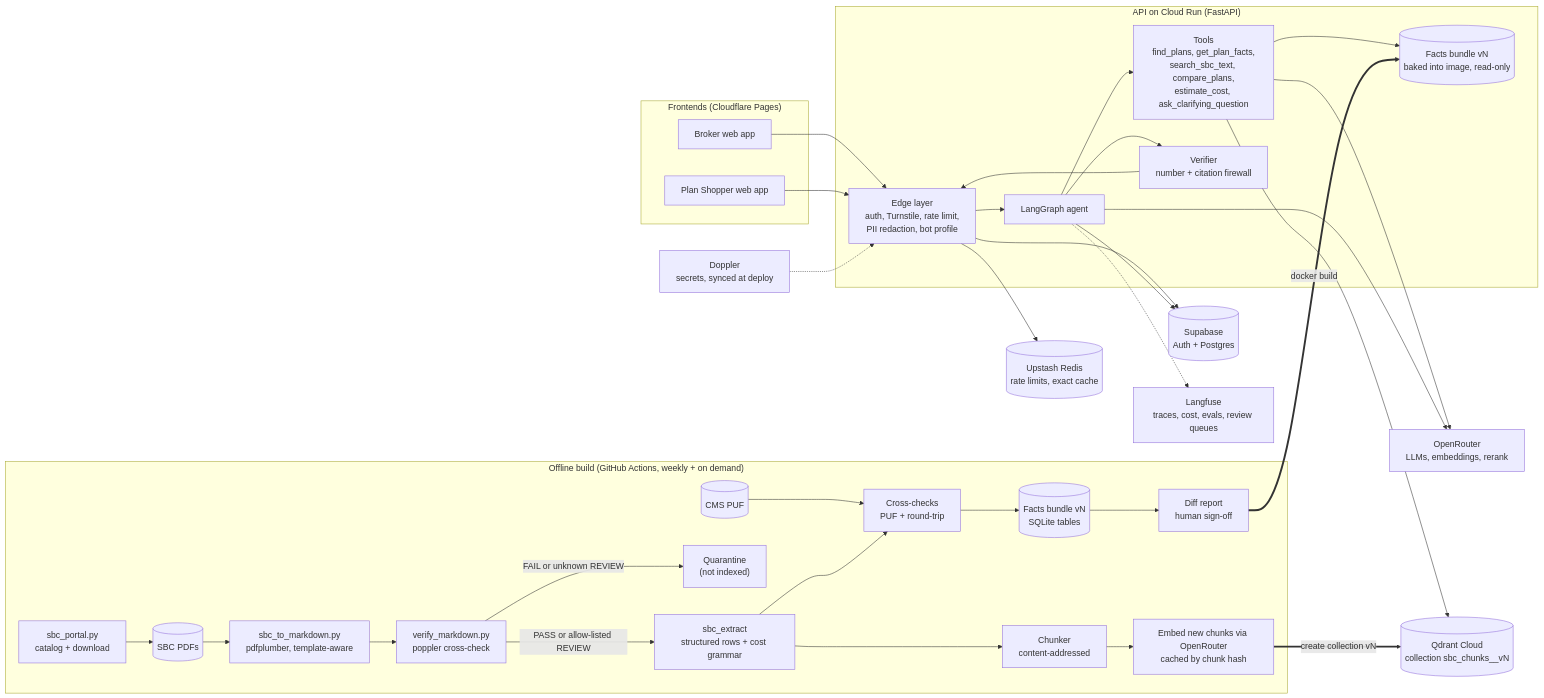
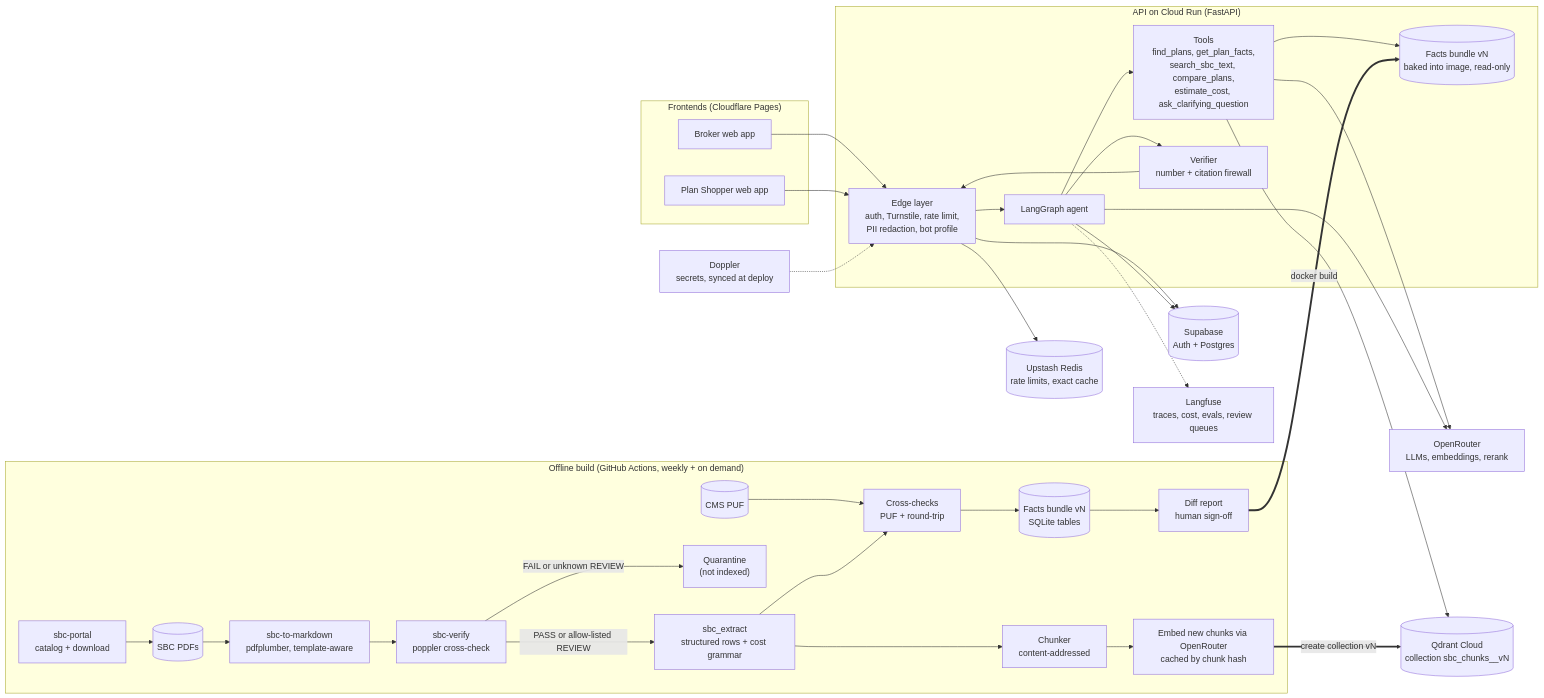
Before and after one commit to syamsruthin/sbc-agentic-rag: the diagram in README.md, drawn with Mermaid. The commit also changed other lines of this file and 2 other files, not shown here.

Commit message:
docs: point pipeline docs at the sbc_ingest commands

````diff
--- a/README.md
+++ b/README.md
@@ -43,54 +43,54 @@
 ```mermaid
 flowchart LR
   subgraph OFF["Offline build (GitHub Actions, weekly + on demand)"]
-    PORTAL["sbc_portal.py<br/>catalog + download"] --> PDF[("SBC PDFs")]
-    PDF --> CONV["sbc_to_markdown.py<br/>pdfplumber, template-aware"]
-    CONV --> VER["verify_markdown.py<br/>poppler cross-check"]
+    PORTAL["sbc-portal<br/>catalog + download"] --> PDF[("SBC PDFs")]
+    PDF --> CONV["sbc-to-markdown<br/>pdfplumber, template-aware"]
+    CONV --> VER["sbc-verify<br/>poppler cross-check"]
     VER -->|"PASS or allow-listed REVIEW"| EXT["sbc_extract<br/>structured rows + cost grammar"]
     VER -->|"FAIL or unknown REVIEW"| Q["Quarantine<br/>(not indexed)"]
     PUFD[("CMS PUF")] --> XC["Cross-checks<br/>PUF + round-trip"]
     EXT --> XC
     XC --> FACTS[("Facts bundle vN<br/>SQLite tables")]
     FACTS --> DIFF["Diff report<br/>human sign-off"]
     EXT --> CHK["Chunker<br/>content-addressed"]
     CHK --> EMB["Embed new chunks via OpenRouter<br/>cached by chunk hash"]
   end
 
   subgraph CLIENTS["Frontends (Cloudflare Pages)"]
     WB["Broker web app"]
     WP["Plan Shopper web app"]
   end
 
   subgraph RUN["API on Cloud Run (FastAPI)"]
     EDGE["Edge layer<br/>auth, Turnstile, rate limit,<br/>PII redaction, bot profile"]
     AGENT["LangGraph agent"]
     TOOLS["Tools<br/>find_plans, get_plan_facts,<br/>search_sbc_text, compare_plans,<br/>estimate_cost, ask_clarifying_question"]
     VERIFY["Verifier<br/>number + citation firewall"]
     IDX[("Facts bundle vN<br/>baked into image, read-only")]
   end
 
   OR["OpenRouter<br/>LLMs, embeddings, rerank"]
   QD[("Qdrant Cloud<br/>collection sbc_chunks__vN")]
   SB[("Supabase<br/>Auth + Postgres")]
   UP[("Upstash Redis<br/>rate limits, exact cache")]
   LF["Langfuse<br/>traces, cost, evals, review queues"]
   DP["Doppler<br/>secrets, synced at deploy"]
 
   WB --> EDGE
   WP --> EDGE
   EDGE --> AGENT
   AGENT --> TOOLS
   TOOLS --> IDX
   TOOLS --> QD
   TOOLS --> OR
   AGENT --> OR
   AGENT --> VERIFY
   VERIFY --> EDGE
   EDGE --> UP
   EDGE --> SB
   AGENT --> SB
   AGENT -.-> LF
   DIFF ==>|"docker build"| IDX
   EMB ==>|"create collection vN"| QD
   DP -.-> EDGE
 ```
````
